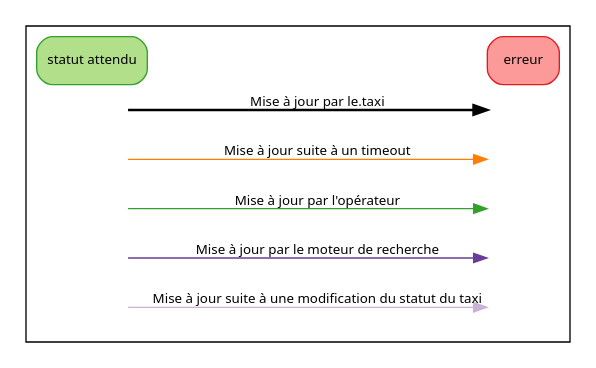
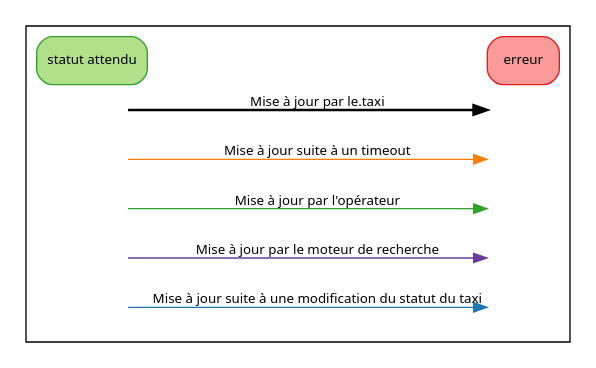
Before and after one commit to openmaraude/console: the diagram in public/images/doc/legend.gv, drawn with Graphviz. The commit also changed 1 other file, not shown here.

```diff
--- a/public/images/doc/legend.gv
+++ b/public/images/doc/legend.gv
@@ -1,18 +1,18 @@
 digraph {
     rankdir=LR;
     nodesep=0;
     ranksep=0;
     node [shape=box,style="rounded,filled",fontname=sans,fontsize=10,colorscheme=paired10];
     edge [fontname=sans,fontsize=10,colorscheme=paired10];
     subgraph cluster {
         expected [color=4,fillcolor=3,label="statut attendu"];
         error [color=6,fillcolor=5,label="erreur"];
         expected -> error [style=invis];
         node [style=invis];
         a -> b [style=bold,label="Mise à jour par le.taxi"];
         c -> d [color=8,label="Mise à jour suite à un timeout"];
         e -> f [color=4,label="Mise à jour par l'opérateur"];
         g -> h [color=10,label="Mise à jour par le moteur de recherche"];
-        i -> j [color=9, label="Mise à jour suite à une modification du statut du taxi"];
+        i -> j [color=2, label="Mise à jour suite à une modification du statut du taxi"];
   }
 }
```
